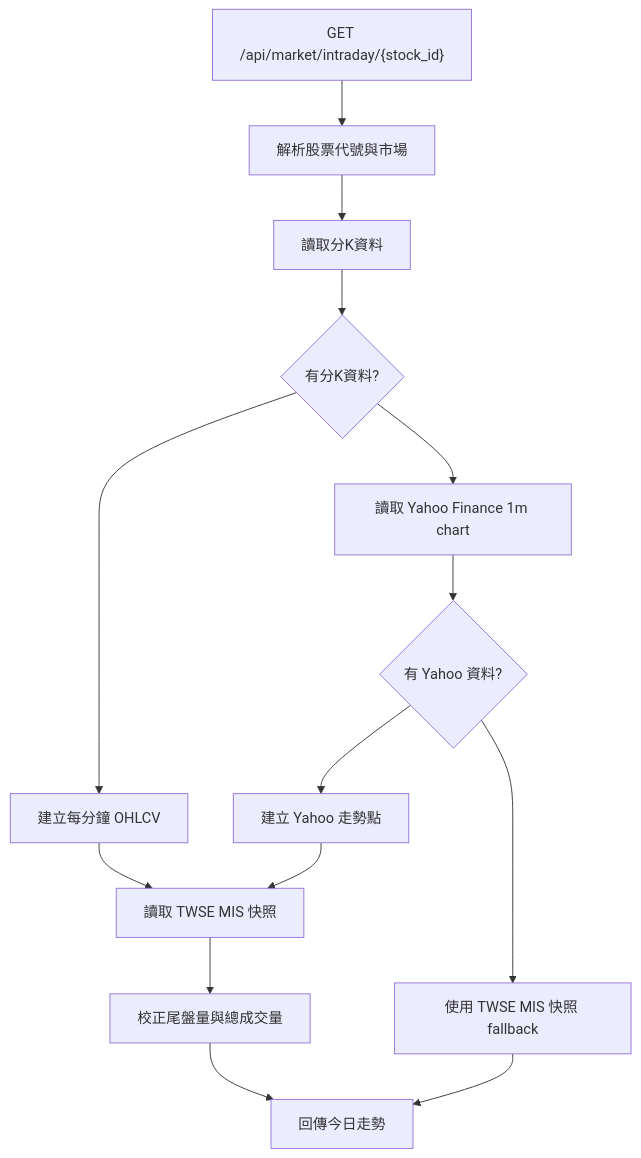
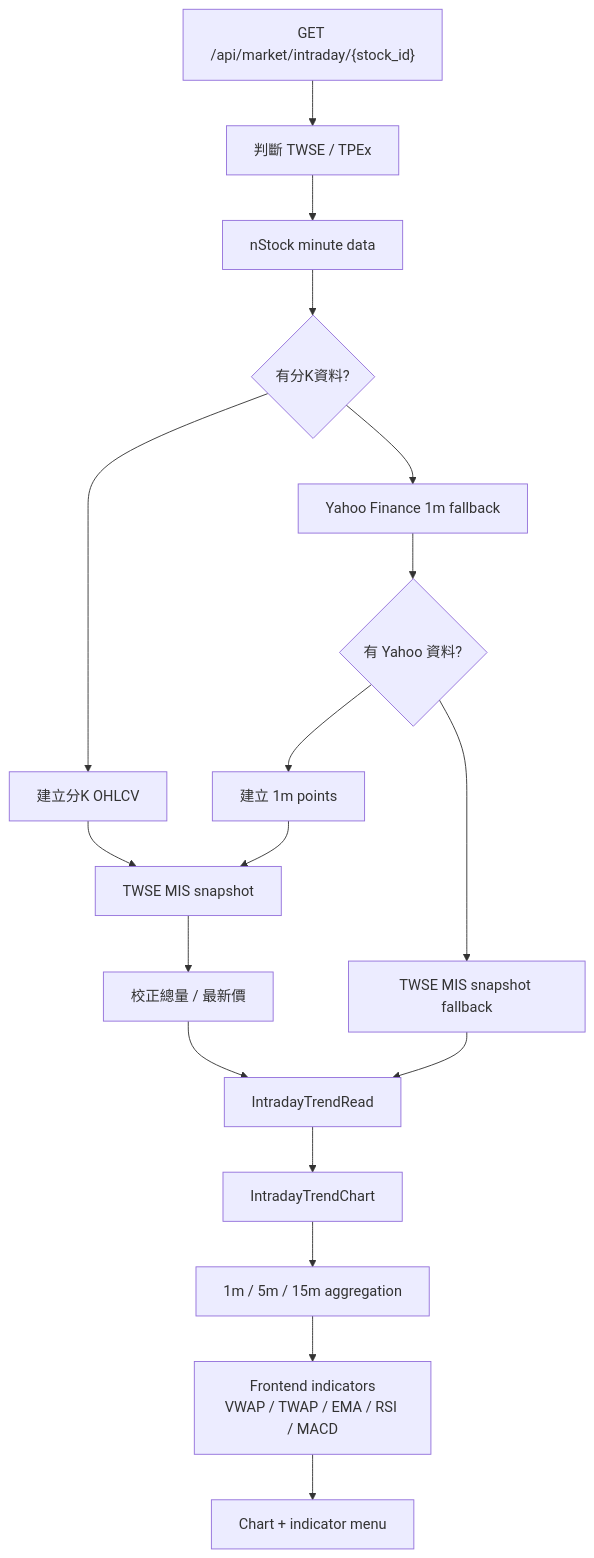
The fourth of 9 diagrams in README.md (lulu930128/open-market-intelligence), drawn with Mermaid before and after one commit. The commit also changed other lines of this file, not shown here.

````diff
--- a/README.md
+++ b/README.md
@@ -83,17 +134,21 @@
 ```mermaid
 flowchart TD
-    request["GET /api/market/intraday/{stock_id}"] --> stock["解析股票代號與市場"]
-    stock --> minute["讀取分K資料"]
+    api["GET /api/market/intraday/{stock_id}"] --> market["判斷 TWSE / TPEx"]
+    market --> minute["nStock minute data"]
     minute --> hasMinute{"有分K資料?"}
-    hasMinute --> yes["建立每分鐘 OHLCV"]
-    yes --> mis["讀取 TWSE MIS 快照"]
-    mis --> adjust["校正尾盤量與總成交量"]
-    adjust --> response["回傳今日走勢"]
+    hasMinute --> yes["建立分K OHLCV"]
+    hasMinute --> no["Yahoo Finance 1m fallback"]
+    no --> yahooOk{"有 Yahoo 資料?"}
+    yahooOk --> yes2["建立 1m points"]
+    yahooOk --> no2["TWSE MIS snapshot fallback"]
+    yes --> mis["TWSE MIS snapshot"]
+    yes2 --> mis
+    no2 --> response["IntradayTrendRead"]
+    mis --> volume["校正總量 / 最新價"]
+    volume --> response
 
-    hasMinute --> no["讀取 Yahoo Finance 1m chart"]
-    no --> yahooOk{"有 Yahoo 資料?"}
-    yahooOk --> yahooYes["建立 Yahoo 走勢點"]
-    yahooYes --> mis
-    yahooOk --> yahooNo["使用 TWSE MIS 快照 fallback"]
-    yahooNo --> response
+    response --> frontend["IntradayTrendChart"]
+    frontend --> interval["1m / 5m / 15m aggregation"]
+    interval --> calc["Frontend indicators<br/>VWAP / TWAP / EMA / RSI / MACD"]
+    calc --> chart["Chart + indicator menu"]
 ```
````
